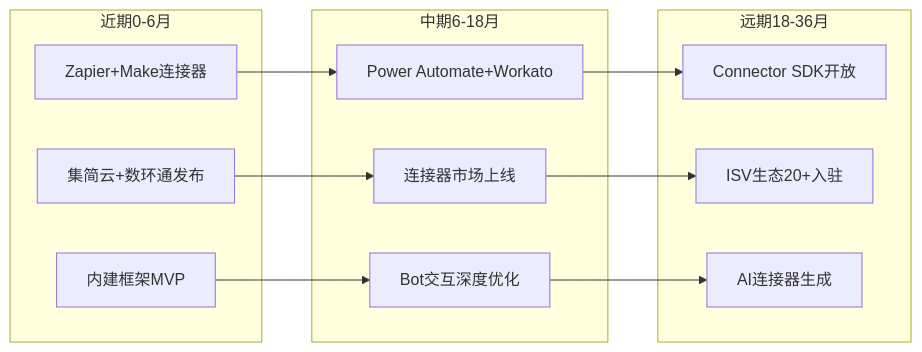
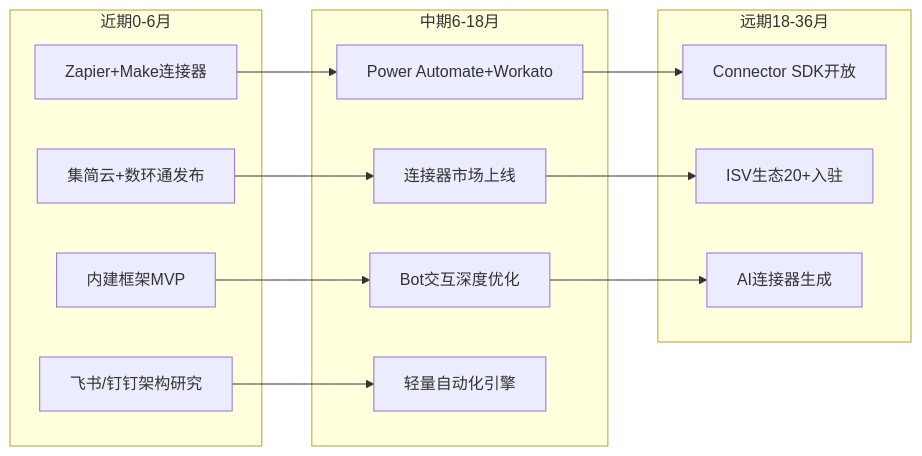
Before and after one commit to THZSummer/open-app: the tenth of 10 diagrams in docs/software-connector-platform-research/软件连接器平台汇总对比调研报告.md, drawn with Mermaid. The commit also changed other lines of this file and 2 other files, not shown here.

````diff
--- a/docs/software-connector-platform-research/软件连接器平台汇总对比调研报告.md
+++ b/docs/software-connector-platform-research/软件连接器平台汇总对比调研报告.md
@@ -891,24 +1097,27 @@
 ```mermaid
 graph LR
     subgraph 近期0-6月
     A1[Zapier+Make连接器]
     A2[集简云+数环通发布]
     A3[内建框架MVP]
+    A4[飞书/钉钉架构研究]
     end
     
     subgraph 中期6-18月
     B1[Power Automate+Workato]
     B2[连接器市场上线]
     B3[Bot交互深度优化]
+    B4[轻量自动化引擎]
     end
     
     subgraph 远期18-36月
     C1[Connector SDK开放]
     C2[ISV生态20+入驻]
     C3[AI连接器生成]
     end
     
     A1 --> B1 --> C1
     A2 --> B2 --> C2
     A3 --> B3 --> C3
+    A4 --> B4
 ```
````
